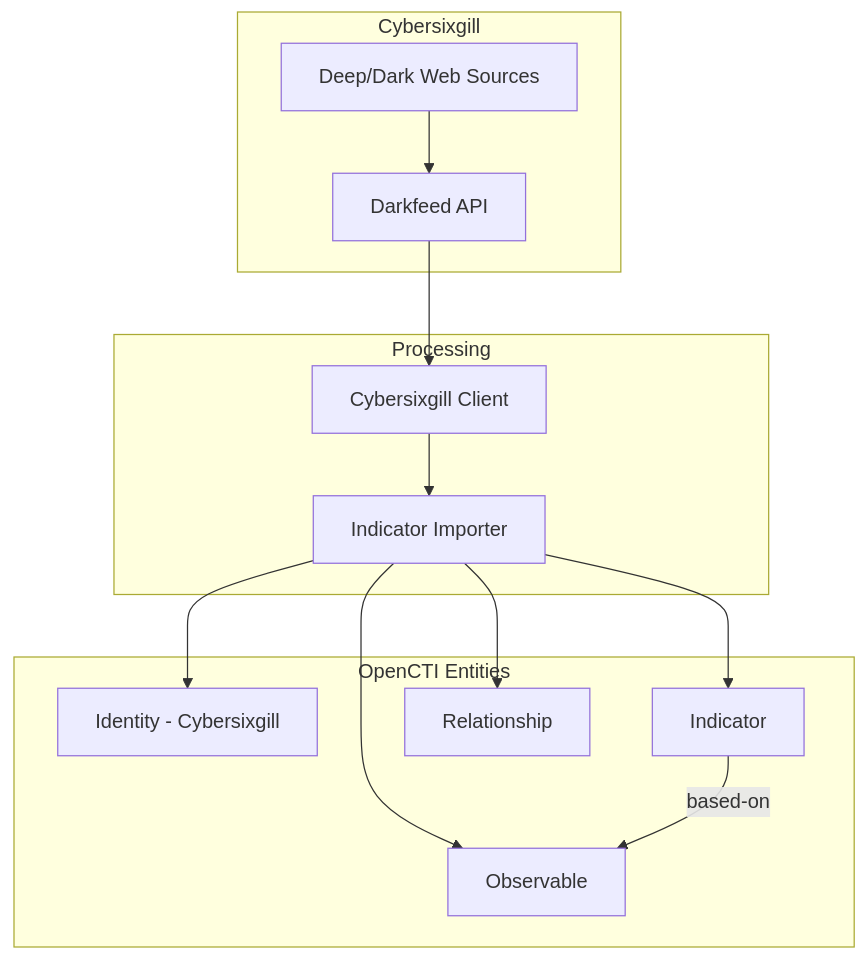
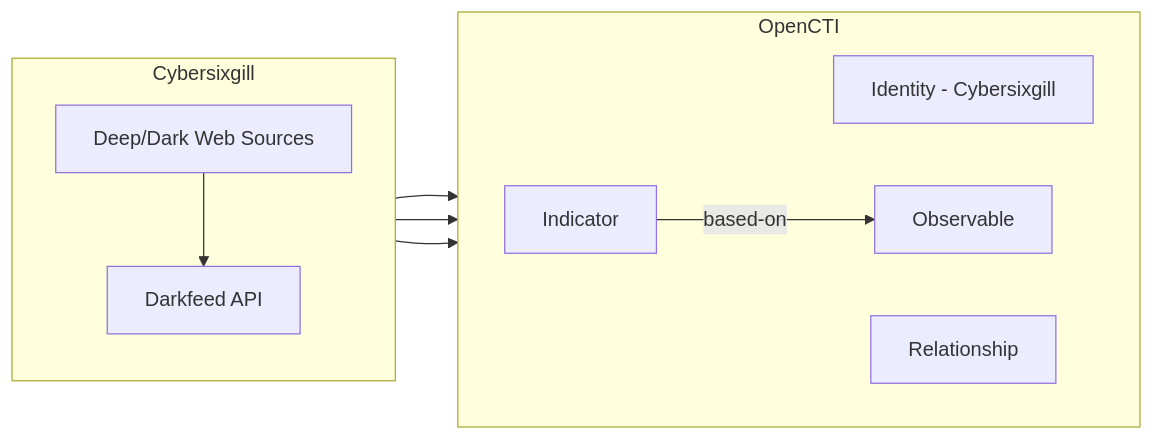
The diagram in external-import/cybersixgill/README.md (OpenCTI-Platform/connectors), drawn with Mermaid before and after one commit. The commit also changed other lines of this file and 30 other files, not shown here.

````diff
--- a/external-import/cybersixgill/README.md
+++ b/external-import/cybersixgill/README.md
@@ -148,23 +145,22 @@
 ```mermaid
-graph TB
+graph LR
     subgraph Cybersixgill
+        direction TB
         API[Darkfeed API]
         Underground[Deep/Dark Web Sources]
     end
-    
+
+    subgraph OpenCTI
+        direction LR
+        Identity[Identity - Cybersixgill]
+        Indicator[Indicator]
+        Observable[Observable]
+        Relationship[Relationship]
+    end
+
     Underground --> API
-    
-    subgraph Processing
-        API --> Client[Cybersixgill Client]
-        Client --> Importer[Indicator Importer]
-    end
-    
-    subgraph OpenCTI Entities
-        Importer --> Identity[Identity - Cybersixgill]
-        Importer --> Indicator[Indicator]
-        Importer --> Observable[Observable]
-        Importer --> Relationship[Relationship]
-    end
-    
+    API --> Identity
+    API --> Indicator
+    API --> Observable
     Indicator -- based-on --> Observable
 ```
````
